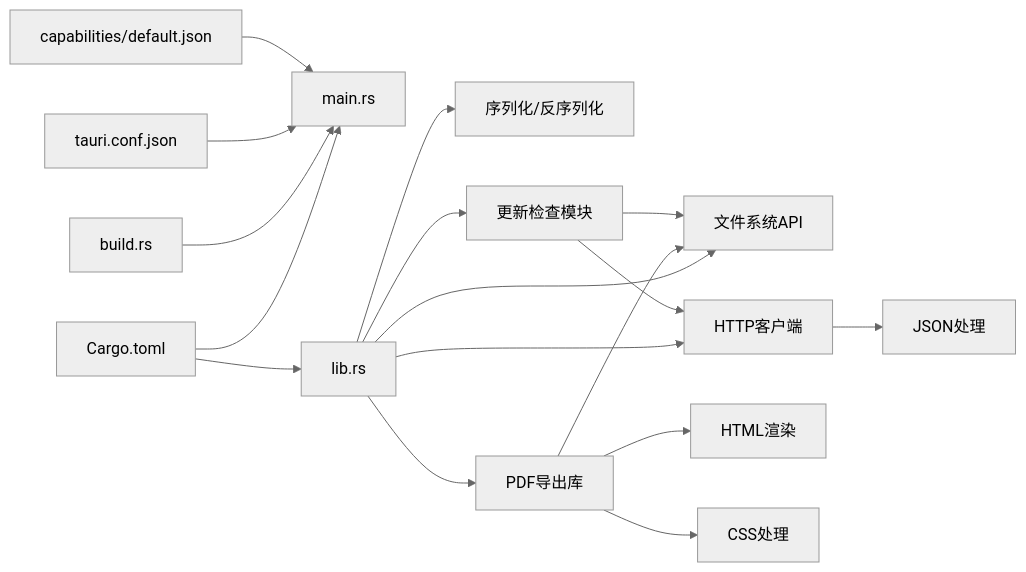
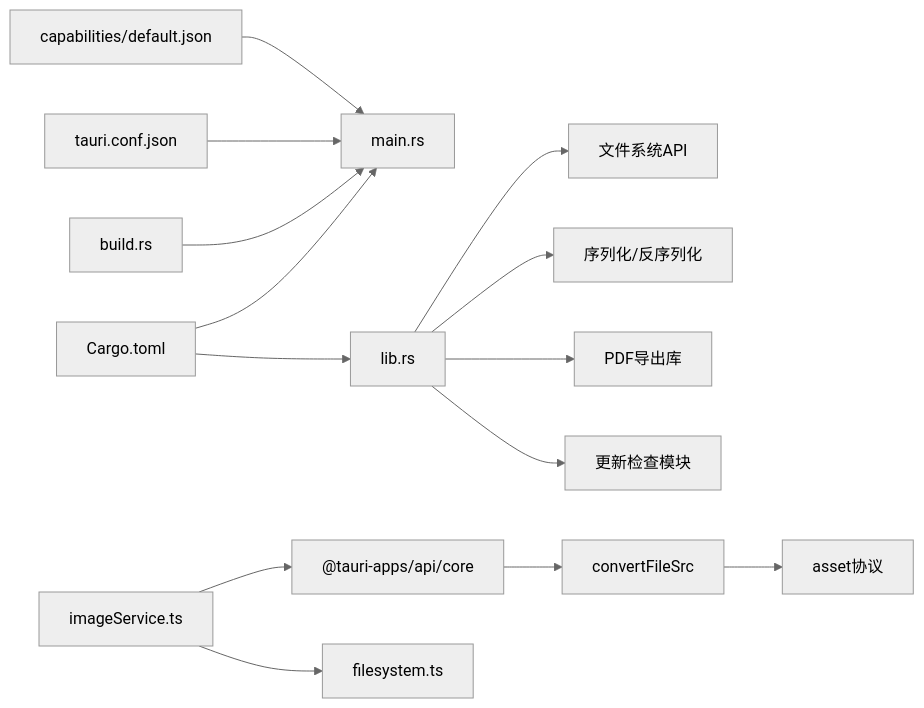
One commit to gongshiyun/ZenNote changed the third of 3 diagrams in .qoder/repowiki/zh/content/Tauri后端.md. Above: the diagram before and after it, drawn with Mermaid (neutral theme). The commit also changed other lines of this file and 88 other files, not shown here.

````diff
--- a/.qoder/repowiki/zh/content/Tauri后端.md
+++ b/.qoder/repowiki/zh/content/Tauri后端.md
@@ -246,19 +255,16 @@
 ```mermaid
 graph LR
 Cargo["Cargo.toml"] --> Main["main.rs"]
 Cargo --> Lib["lib.rs"]
 Build["build.rs"] --> Main
 Conf["tauri.conf.json"] --> Main
 Cap["capabilities/default.json"] --> Main
 Lib --> FS["文件系统API"]
 Lib --> Serde["序列化/反序列化"]
 Lib --> PDF["PDF导出库"]
-Lib --> HTTP["HTTP客户端"]
 Lib --> Update["更新检查模块"]
-PDF --> HTML["HTML渲染"]
-PDF --> CSS["CSS处理"]
-PDF --> FS
-HTTP --> JSON["JSON处理"]
-Update --> FS
-Update --> HTTP
+ImageSvc["imageService.ts"] --> TauriAPI["@tauri-apps/api/core"]
+ImageSvc --> Filesystem["filesystem.ts"]
+TauriAPI --> Convert["convertFileSrc"]
+Convert --> Asset["asset协议"]
 ```
````
